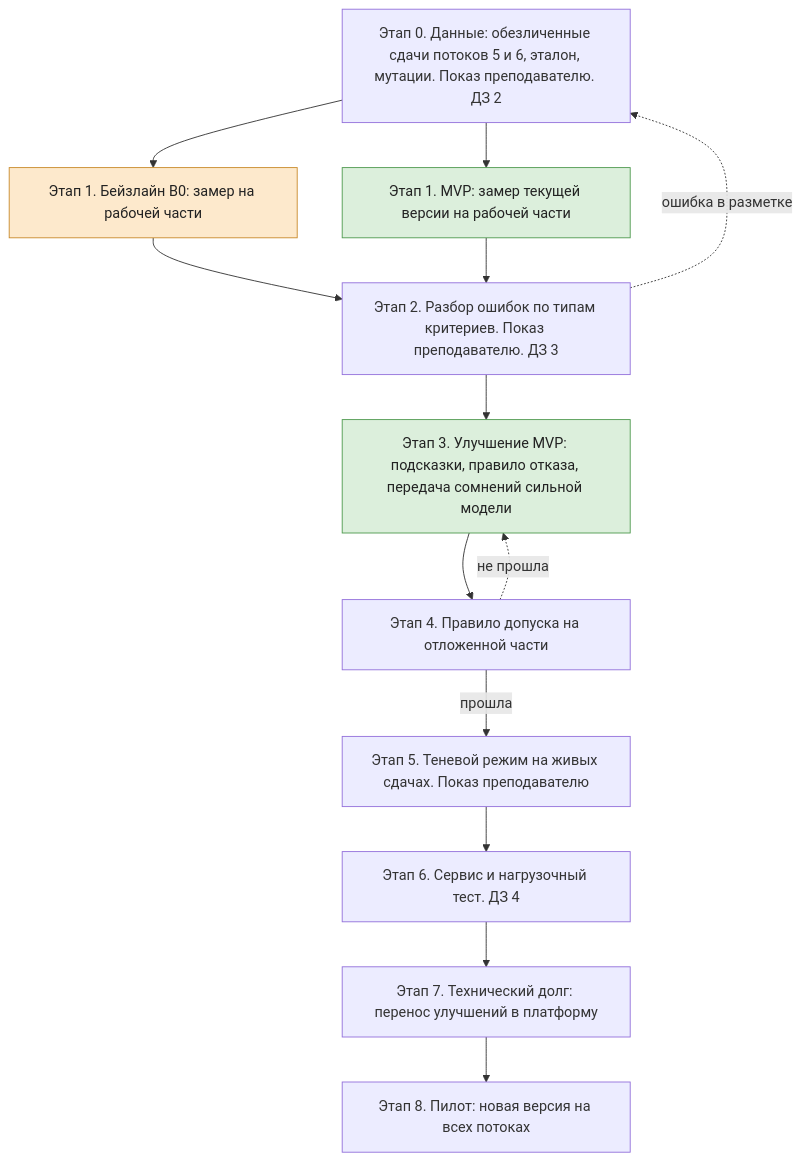
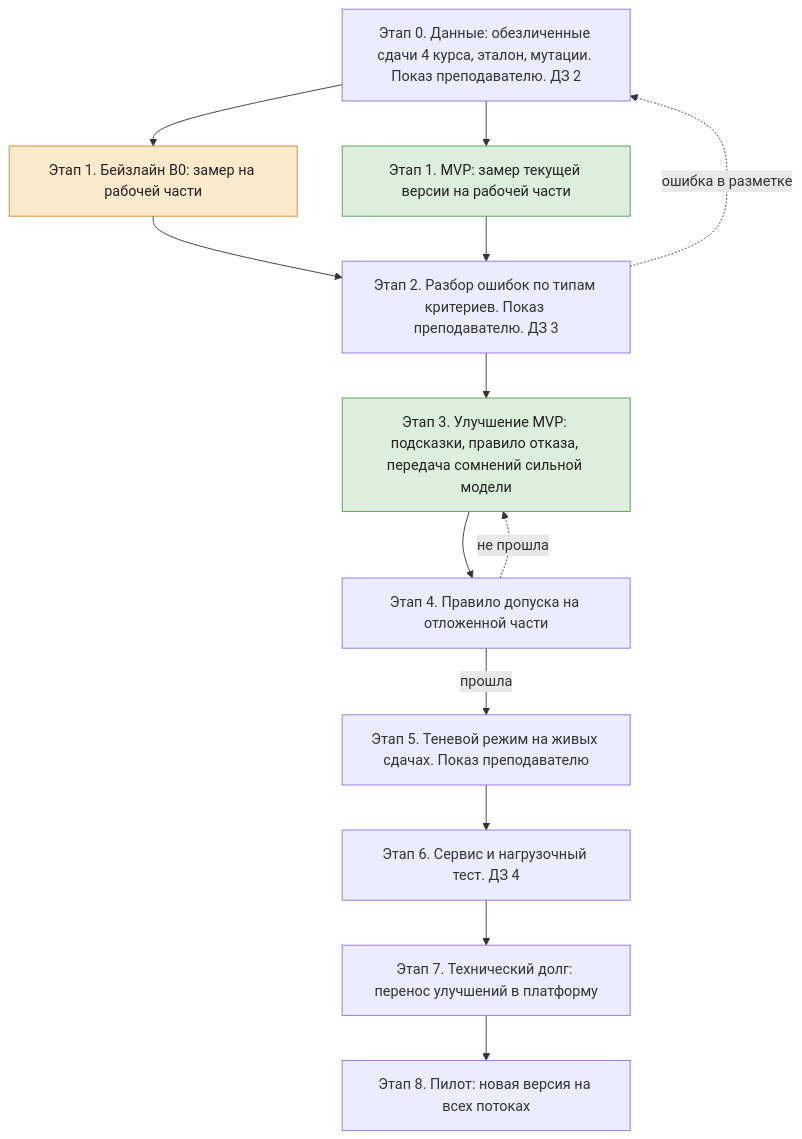
The third of 6 diagrams in docs/ml_system_design_doc.md (ChS23/mlsd-judge), drawn with Mermaid before and after one commit. The commit also changed other lines of this file, not shown here.

````diff
--- a/docs/ml_system_design_doc.md
+++ b/docs/ml_system_design_doc.md
@@ -411,32 +411,32 @@
 ```mermaid
 %%{init: {"flowchart": {"wrappingWidth": 260}}}%%
 flowchart TB
-    S0[Этап 0. Данные: обезличенные сдачи потоков 5 и 6, эталон, мутации. Показ преподавателю. ДЗ 2]
+    S0[Этап 0. Данные: обезличенные сдачи 4 курса, эталон, мутации. Показ преподавателю. ДЗ 2]
     S1B[Этап 1. Бейзлайн B0: замер на рабочей части]
     S1M[Этап 1. MVP: замер текущей версии на рабочей части]
     S2[Этап 2. Разбор ошибок по типам критериев. Показ преподавателю. ДЗ 3]
     S3[Этап 3. Улучшение MVP: подсказки, правило отказа, передача сомнений сильной модели]
     S4[Этап 4. Правило допуска на отложенной части]
     S5[Этап 5. Теневой режим на живых сдачах. Показ преподавателю]
     S6[Этап 6. Сервис и нагрузочный тест. ДЗ 4]
     S7[Этап 7. Технический долг: перенос улучшений в платформу]
     S8[Этап 8. Пилот: новая версия на всех потоках]
 
     S0 --> S1B
     S0 --> S1M
     S1B --> S2
     S1M --> S2
     S2 --> S3
     S3 --> S4
     S4 -->|прошла| S5
     S5 --> S6
     S6 --> S7
     S7 --> S8
     S4 -.->|не прошла| S3
     S2 -.->|ошибка в разметке| S0
 
     classDef base fill:#fde9cc,stroke:#c98a2b,color:#222
     classDef mvp fill:#dcefdc,stroke:#4f9a4f,color:#222
     class S1B base
     class S1M,S3 mvp
 ```
````
